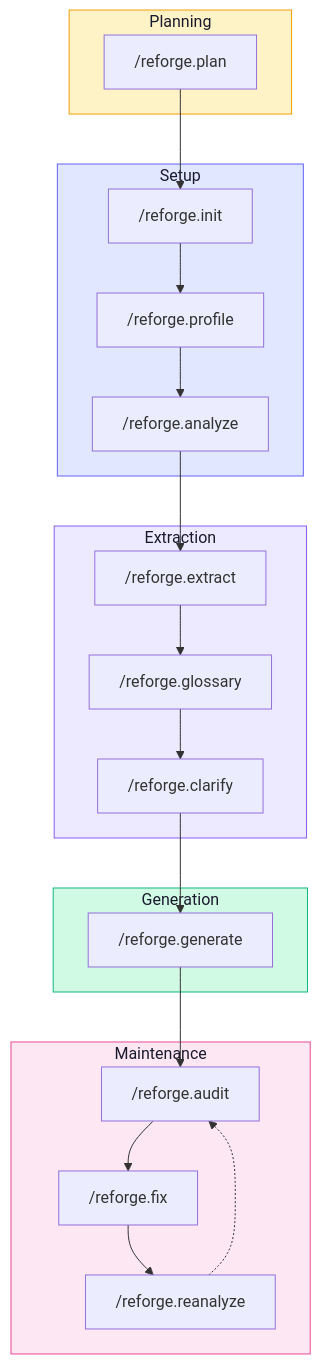
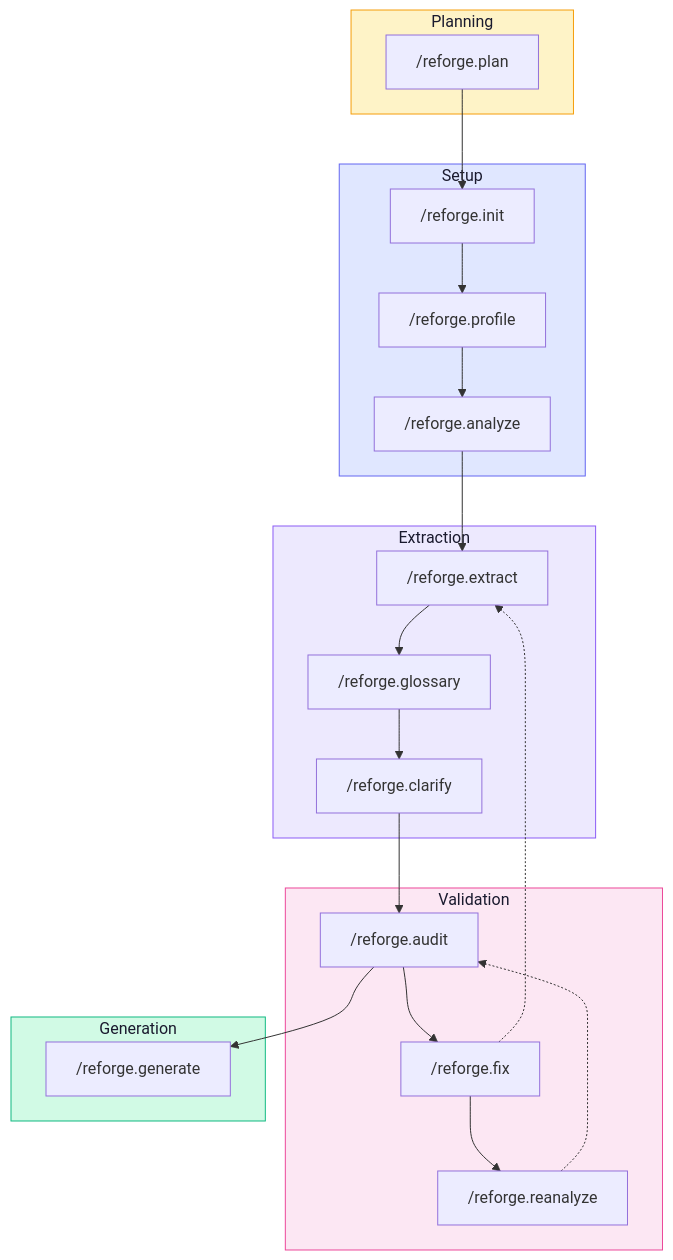
The diagram in docs/guides/workflow.md (pratik-aditi/Reforge_v1), drawn with Mermaid before and after one commit. The commit also changed other lines of this file and 2 other files, not shown here.

First line of the commit message:
fix(docs): correct workflow order — audit/fix before generation

````diff
--- a/docs/guides/workflow.md
+++ b/docs/guides/workflow.md
@@ -13,37 +13,38 @@
 ```mermaid
 graph TD
   subgraph Planning
     P["/reforge.plan"]
   end
 
   subgraph Setup
     I["/reforge.init"] --> PR["/reforge.profile"]
     PR --> A["/reforge.analyze"]
   end
 
   subgraph Extraction
     E["/reforge.extract"] --> G["/reforge.glossary"]
     G --> CL["/reforge.clarify"]
   end
 
-  subgraph Generation
-    GEN["/reforge.generate"]
-  end
-
-  subgraph Maintenance
+  subgraph Validation
     AU["/reforge.audit"] --> FX["/reforge.fix"]
     FX --> RA["/reforge.reanalyze"]
     RA -.-> AU
   end
 
+  subgraph Generation
+    GEN["/reforge.generate"]
+  end
+
   P --> I
   A --> E
-  CL --> GEN
-  GEN --> AU
+  CL --> AU
+  FX -.-> E
+  AU --> GEN
 
   style Planning fill:#fef3c7,stroke:#f59e0b,color:#1a1a2e
   style Setup fill:#e0e7ff,stroke:#6366f1,color:#1a1a2e
   style Extraction fill:#ede9fe,stroke:#8b5cf6,color:#1a1a2e
+  style Validation fill:#fce7f3,stroke:#ec4899,color:#1a1a2e
   style Generation fill:#d1fae5,stroke:#10b981,color:#1a1a2e
-  style Maintenance fill:#fce7f3,stroke:#ec4899,color:#1a1a2e
 ```
````
